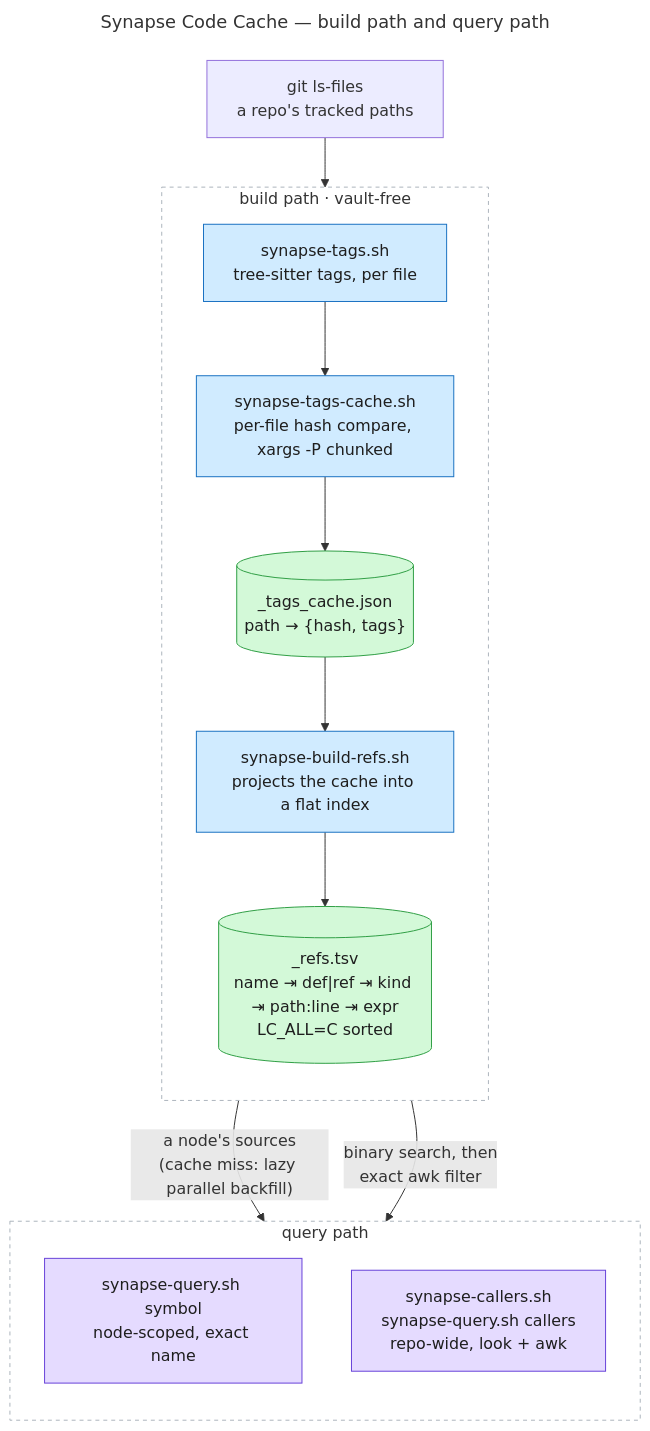
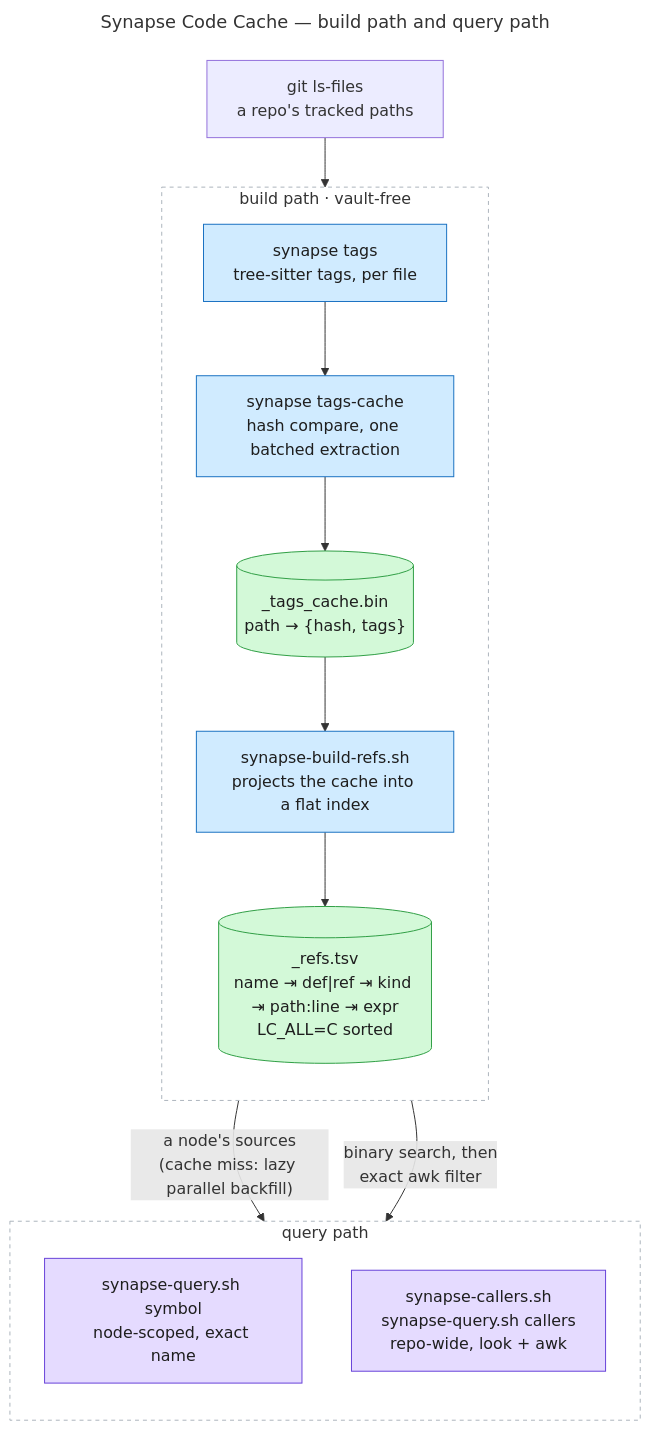
One commit to imunitic/synapse changed the diagram in docs/diagrams/synapse-code-cache.mmd. Above: the diagram before and after it, drawn with Mermaid. The commit also changed 34 other files, not shown here.

```diff
--- a/docs/diagrams/synapse-code-cache.mmd
+++ b/docs/diagrams/synapse-code-cache.mmd
@@ -1,36 +1,36 @@
 ---
 title: Synapse Code Cache — build path and query path
 ---
 flowchart TB
     classDef script fill:#d0ebff,stroke:#1971c2,color:#1e1e1e
     classDef artifact fill:#d3f9d8,stroke:#2f9e44,color:#1e1e1e
     classDef query fill:#e5dbff,stroke:#6741d9,color:#1e1e1e
 
     FILES["git ls-files<br/>a repo's tracked paths"]
 
     subgraph BUILD["build path · vault-free"]
         direction TB
-        TAGS["synapse-tags.sh<br/>tree-sitter tags, per file"]
-        CACHE_SCRIPT["synapse-tags-cache.sh<br/>per-file hash compare, xargs -P chunked"]
-        TAGSCACHE[("_tags_cache.json<br/>path → {hash, tags}")]
+        TAGS["synapse tags<br/>tree-sitter tags, per file"]
+        CACHE_SCRIPT["synapse tags-cache<br/>hash compare, one batched extraction"]
+        TAGSCACHE[("_tags_cache.bin<br/>path → {hash, tags}")]
         REFS_SCRIPT["synapse-build-refs.sh<br/>projects the cache into a flat index"]
         REFS[("_refs.tsv<br/>name ⇥ def|ref ⇥ kind ⇥ path:line ⇥ expr<br/>LC_ALL=C sorted")]
         TAGS --> CACHE_SCRIPT --> TAGSCACHE --> REFS_SCRIPT --> REFS
     end
 
     subgraph QUERY["query path"]
         direction TB
         SYMBOL["synapse-query.sh symbol<br/>node-scoped, exact name"]
         CALLERS["synapse-callers.sh<br/>synapse-query.sh callers<br/>repo-wide, look + awk"]
     end
 
     FILES --> TAGS
     TAGSCACHE -->|"a node's sources<br/>(cache miss: lazy parallel backfill)"| SYMBOL
     REFS -->|"binary search, then<br/>exact awk filter"| CALLERS
 
     class TAGS,CACHE_SCRIPT,REFS_SCRIPT script
     class TAGSCACHE,REFS artifact
     class SYMBOL,CALLERS query
 
     style BUILD fill:#ffffff,stroke:#adb5bd,stroke-dasharray:4 4
     style QUERY fill:#ffffff,stroke:#adb5bd,stroke-dasharray:4 4
```
